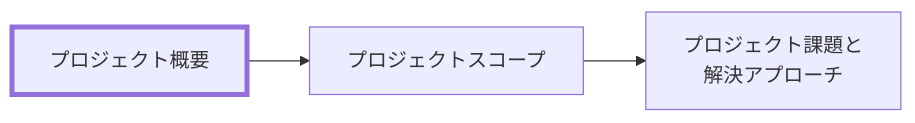
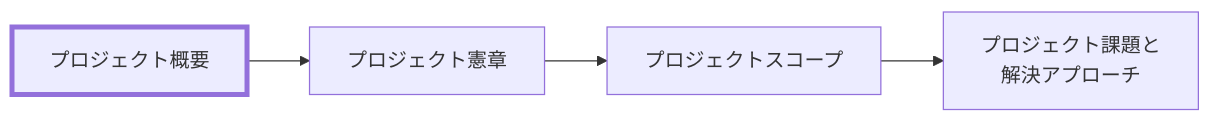
One commit to specdojo/specdojo-handbook changed the diagram in docs/ja/handbook/rulebooks/prj-overview-rulebook.md. Above: the diagram before and after it, drawn with Mermaid. The commit also changed other lines of this file and 26 other files, not shown here.

````diff
--- a/docs/ja/handbook/rulebooks/prj-overview-rulebook.md
+++ b/docs/ja/handbook/rulebooks/prj-overview-rulebook.md
@@ -27,11 +28,12 @@
 ```mermaid
 flowchart LR
   POV["プロジェクト概要"]
+  PCH["プロジェクト憲章"]
   PSC["プロジェクトスコープ"]
   PIA["プロジェクト課題と<br>解決アプローチ"]
 
-  POV --> PSC --> PIA
+  POV --> PCH --> PSC --> PIA
 
   classDef target stroke-width:4px
   class POV target
 ```
````
